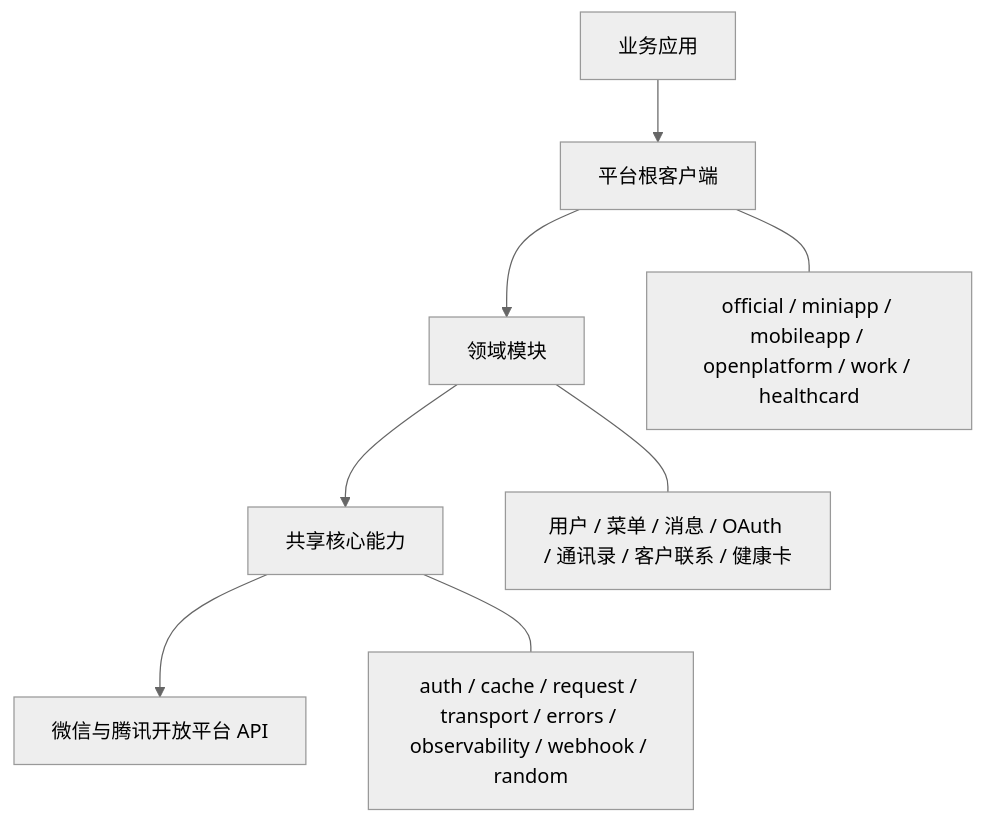
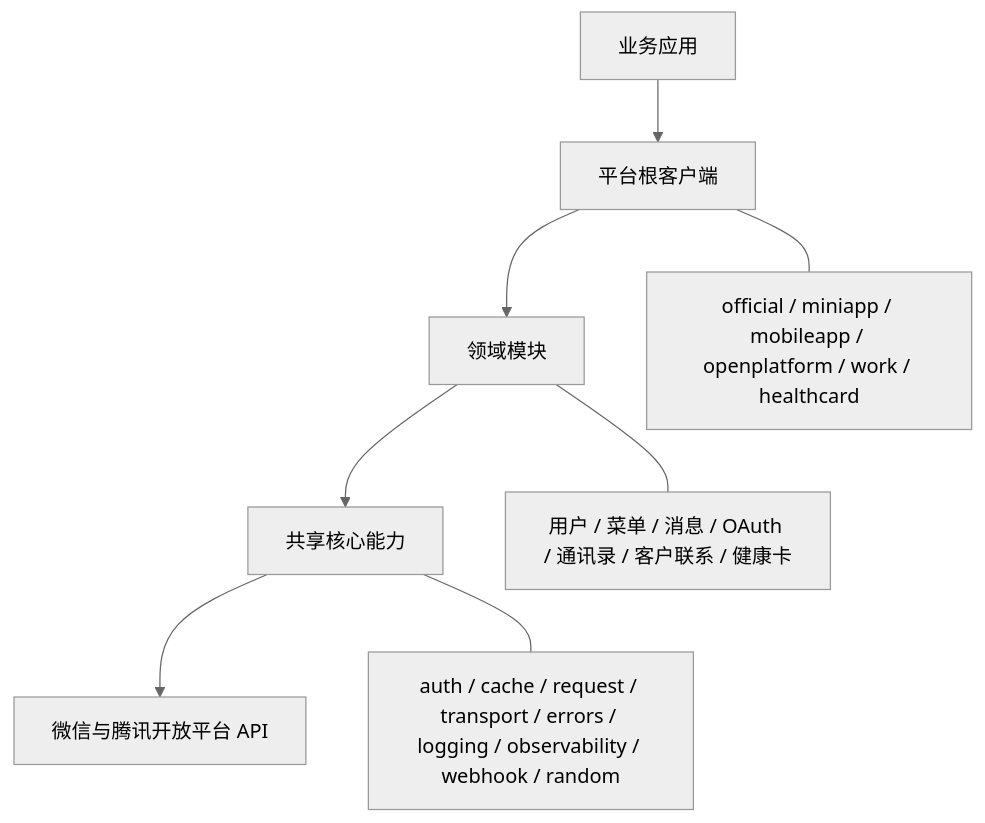
One commit to goairix/wx changed the first of 2 diagrams in wiki/Home.md. Above: the diagram before and after it, drawn with Mermaid (neutral theme). The commit also changed other lines of this file and 10 other files, not shown here.

````diff
--- a/wiki/Home.md
+++ b/wiki/Home.md
@@ -176,11 +185,11 @@
 ```mermaid
 flowchart TB
     App[业务应用] --> Client[平台根客户端]
     Client --> Domain[领域模块]
     Domain --> Core[共享核心能力]
     Core --> Remote[微信与腾讯开放平台 API]
 
     Client --- Platforms[official / miniapp / mobileapp / openplatform / work / healthcard]
     Domain --- Domains[用户 / 菜单 / 消息 / OAuth / 通讯录 / 客户联系 / 健康卡]
-    Core --- Capabilities[auth / cache / request / transport / errors / observability / webhook / random]
+    Core --- Capabilities[auth / cache / request / transport / errors / logging / observability / webhook / random]
 ```
````
